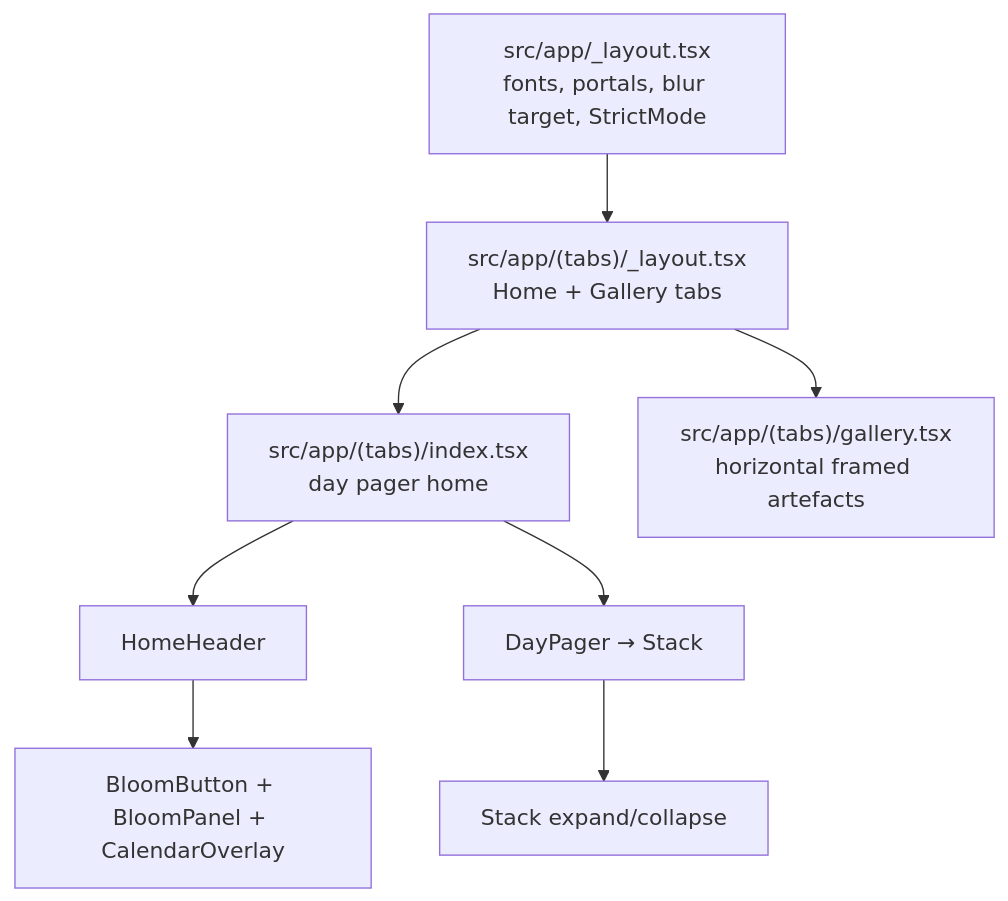
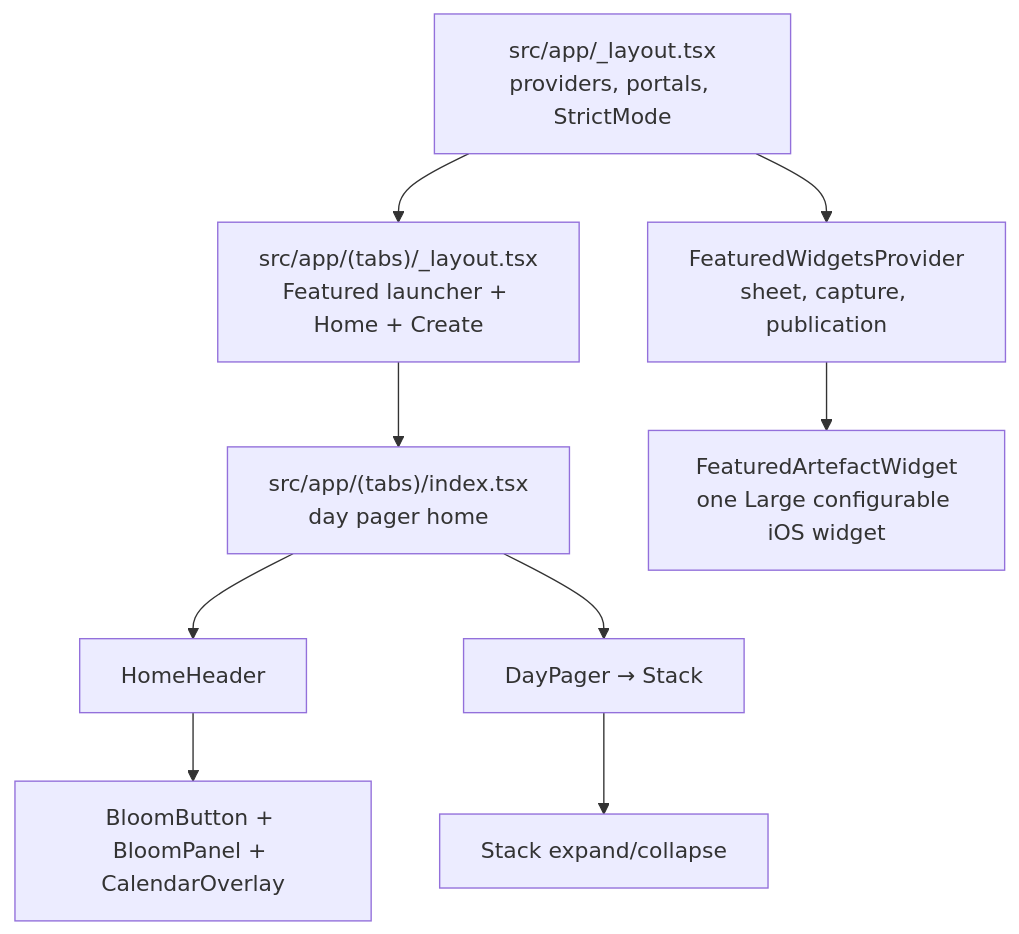
Before and after one commit to vxncetxn/soies: the diagram in docs/overview.md, drawn with Mermaid. The commit also changed other lines of this file and 79 other files, not shown here.

Commit message:
feat: add featured artefact widgets

````diff
--- a/docs/overview.md
+++ b/docs/overview.md
@@ -38,14 +38,16 @@
 ```mermaid
 flowchart TD
-  Root["src/app/_layout.tsx<br/>fonts, portals, blur target, StrictMode"]
-  Tabs["src/app/(tabs)/_layout.tsx<br/>Home + Gallery tabs"]
+  Root["src/app/_layout.tsx<br/>providers, portals, StrictMode"]
+  Widgets["FeaturedWidgetsProvider<br/>sheet, capture, publication"]
+  Tabs["src/app/(tabs)/_layout.tsx<br/>Featured launcher + Home + Create"]
   Home["src/app/(tabs)/index.tsx<br/>day pager home"]
-  Gallery["src/app/(tabs)/gallery.tsx<br/>horizontal framed artefacts"]
+  Extension["FeaturedArtefactWidget<br/>one Large configurable iOS widget"]
   Root --> Tabs
+  Root --> Widgets
   Tabs --> Home
-  Tabs --> Gallery
+  Widgets --> Extension
   Home --> Header["HomeHeader"]
   Home --> Pager["DayPager → Stack"]
   Header --> Calendar["BloomButton + BloomPanel + CalendarOverlay"]
   Pager --> Stack["Stack expand/collapse"]
 ```
````
